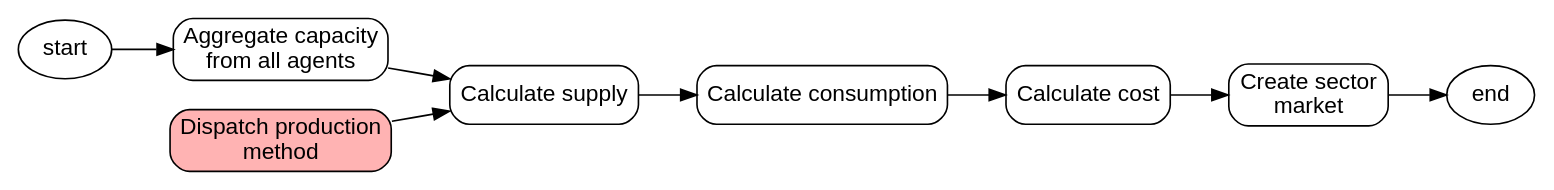
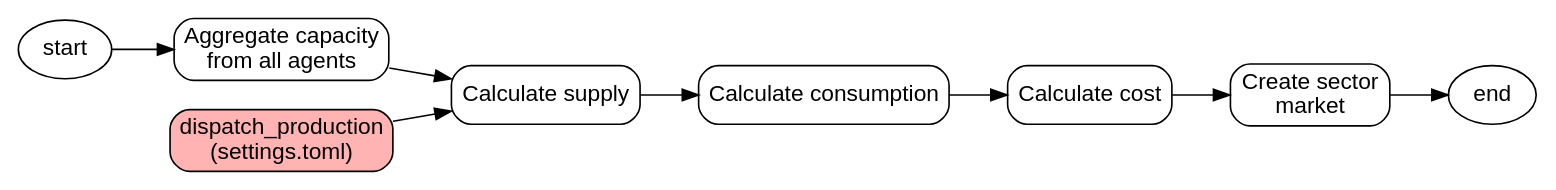
Before and after one commit to EnergySystemsModellingLab/MUSE_OS: diagram 12 of 12 in docs/application-flow.rst, drawn with Graphviz. The commit also changed other lines of this file, not shown here.

```diff
--- a/docs/application-flow.rst
+++ b/docs/application-flow.rst
@@ -477,24 +480,24 @@
 .. graphviz::
     :align: center
     :alt: Dispatch stage of a sector calculation
 
     digraph dispatch {
             fontname="Helvetica,Arial,sans-serif"
             node [fontname="Helvetica,Arial,sans-serif", shape=box, style=rounded]
             edge [fontname="Helvetica,Arial,sans-serif"]
             rankdir=LR
             clusterrank=local
             newrank=true
 
             {node [shape=""]; start; end;}
             capacity [label="Aggregate capacity\nfrom all agents"]
             supply [label="Calculate supply"];
             consumption [label="Calculate consumption"];
             cost [label="Calculate cost"];
             market [label="Create sector\nmarket"]
-            dispatch[label="Dispatch production\nmethod", fillcolor="#ffb3b3", style="rounded,filled"]
+            dispatch[label="dispatch_production\n(settings.toml)", fillcolor="#ffb3b3", style="rounded,filled"]
 
 
             start ->  capacity -> supply -> consumption -> cost -> market -> end
             dispatch -> supply
         }
```
